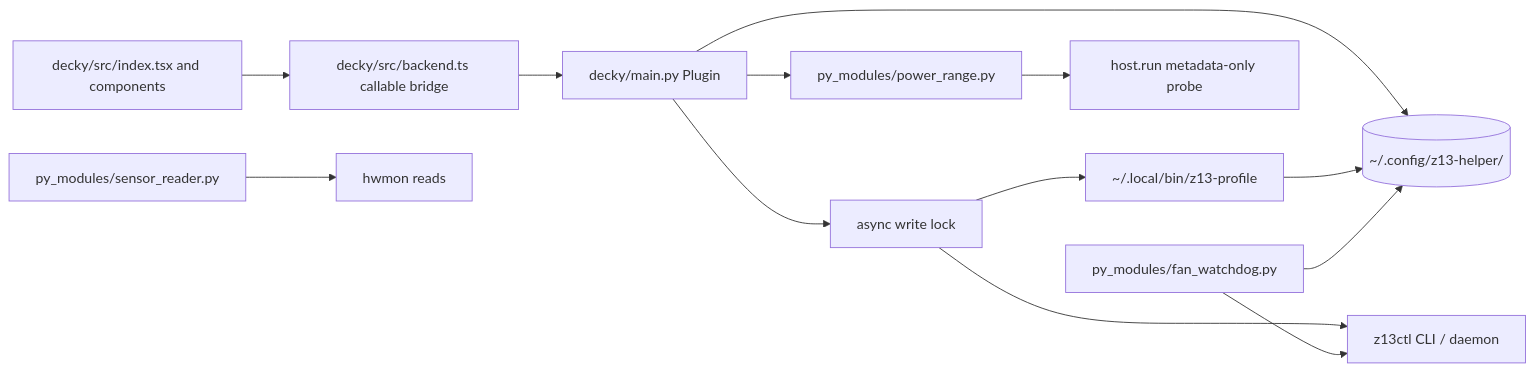
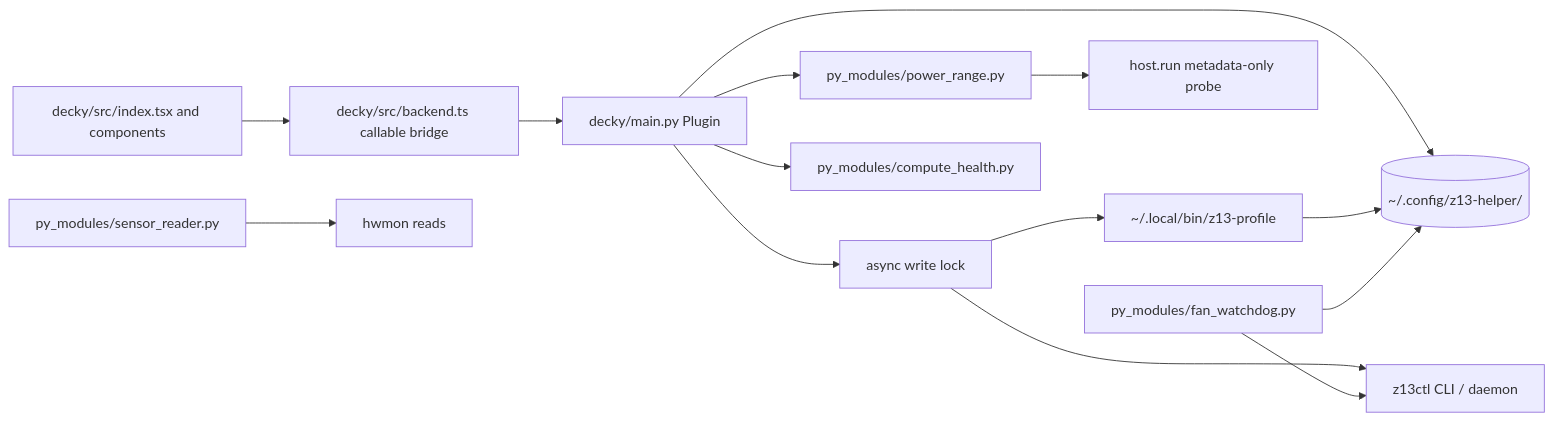
One commit to iannitram/z13-helper changed the diagram in MAP/decky.md. Above: the diagram before and after it, drawn with Mermaid. The commit also changed other lines of this file and 3 other files, not shown here.

Commit message:
Fix compute-health review findings

````diff
--- a/MAP/decky.md
+++ b/MAP/decky.md
@@ -7,15 +7,16 @@
 ```mermaid
 flowchart LR
     UI[decky/src/index.tsx and components] --> API[decky/src/backend.ts callable bridge]
     API --> Plugin[decky/main.py Plugin]
     Plugin --> Lock[async write lock]
     Lock --> Profile[~/.local/bin/z13-profile]
     Lock --> CLI[z13ctl CLI / daemon]
     Plugin --> PowerRange[py_modules/power_range.py]
+    Plugin --> Compute[py_modules/compute_health.py]
     PowerRange --> HostProbe[host.run metadata-only probe]
     Plugin --> Shared[(~/.config/z13-helper/)]
     Profile --> Shared
     Watch[py_modules/fan_watchdog.py] --> Shared
     Watch --> CLI
     Sensors[py_modules/sensor_reader.py] --> HW[hwmon reads]
 ```
````
